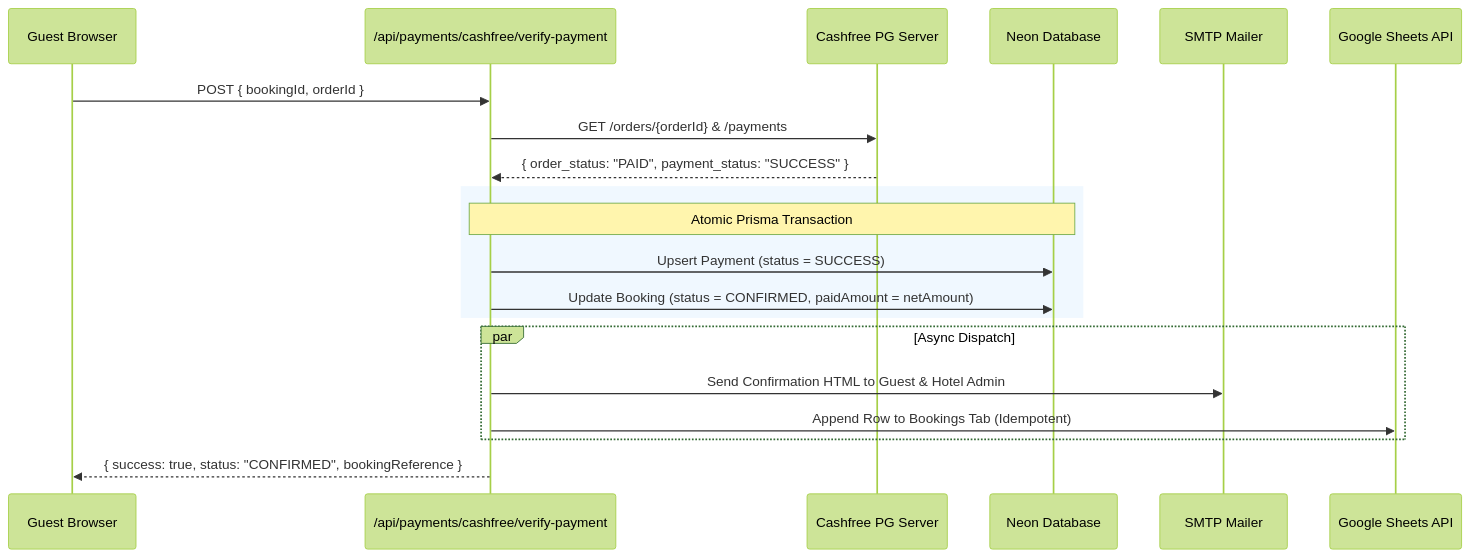
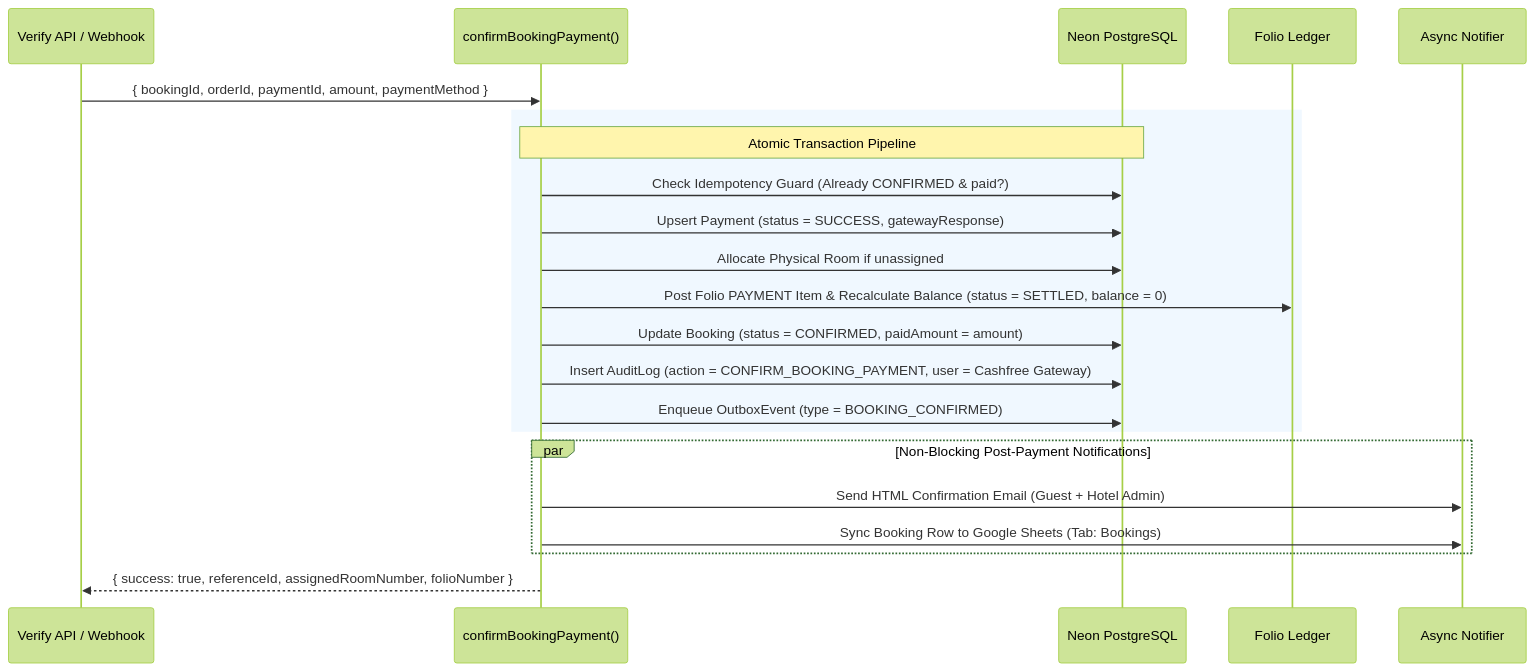
The fourth of 4 diagrams in HOTEL_HMS_ARCHITECTURE_AND_BUSINESS_LOGIC.md (Mrinal98-py/hotelrajhansinternational), drawn with Mermaid (forest theme) before and after one commit. The commit also changed other lines of this file, not shown here.

Commit message:
docs: update HMS architecture and business logic to v0.2.0 structure

````diff
--- a/HOTEL_HMS_ARCHITECTURE_AND_BUSINESS_LOGIC.md
+++ b/HOTEL_HMS_ARCHITECTURE_AND_BUSINESS_LOGIC.md
@@ -343,26 +452,28 @@
 ```mermaid
 sequenceDiagram
-    participant Guest as Guest Browser
-    participant API as /api/payments/cashfree/verify-payment
-    participant CF as Cashfree PG Server
-    participant DB as Neon Database
-    participant Mail as SMTP Mailer
-    participant GS as Google Sheets API
+    participant Source as Verify API / Webhook
+    participant Engine as confirmBookingPayment()
+    participant DB as Neon PostgreSQL
+    participant Folio as Folio Ledger
+    participant Notify as Async Notifier
 
-    Guest->>API: POST { bookingId, orderId }
-    API->>CF: GET /orders/{orderId} & /payments
-    CF-->>API: { order_status: "PAID", payment_status: "SUCCESS" }
+    Source->>Engine: { bookingId, orderId, paymentId, amount, paymentMethod }
     
     rect rgb(240, 248, 255)
-        Note over API,DB: Atomic Prisma Transaction
-        API->>DB: Upsert Payment (status = SUCCESS)
-        API->>DB: Update Booking (status = CONFIRMED, paidAmount = netAmount)
+        Note over Engine,DB: Atomic Transaction Pipeline
+        Engine->>DB: Check Idempotency Guard (Already CONFIRMED & paid?)
+        Engine->>DB: Upsert Payment (status = SUCCESS, gatewayResponse)
+        Engine->>DB: Allocate Physical Room if unassigned
+        Engine->>Folio: Post Folio PAYMENT Item & Recalculate Balance (status = SETTLED, balance = 0)
+        Engine->>DB: Update Booking (status = CONFIRMED, paidAmount = amount)
+        Engine->>DB: Insert AuditLog (action = CONFIRM_BOOKING_PAYMENT, user = Cashfree Gateway)
+        Engine->>DB: Enqueue OutboxEvent (type = BOOKING_CONFIRMED)
     end
     
-    par Async Dispatch
-        API->>Mail: Send Confirmation HTML to Guest & Hotel Admin
-        API->>GS: Append Row to Bookings Tab (Idempotent)
+    par Non-Blocking Post-Payment Notifications
+        Engine->>Notify: Send HTML Confirmation Email (Guest + Hotel Admin)
+        Engine->>Notify: Sync Booking Row to Google Sheets (Tab: Bookings)
     end
     
-    API-->>Guest: { success: true, status: "CONFIRMED", bookingReference }
+    Engine-->>Source: { success: true, referenceId, assignedRoomNumber, folioNumber }
 ```
````
